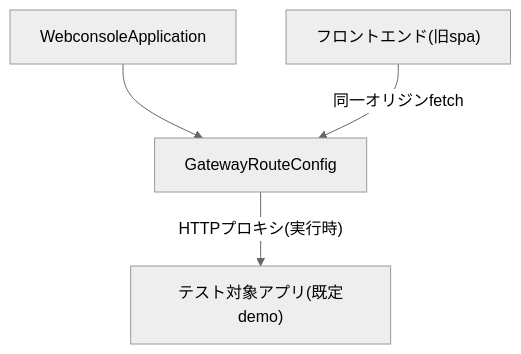
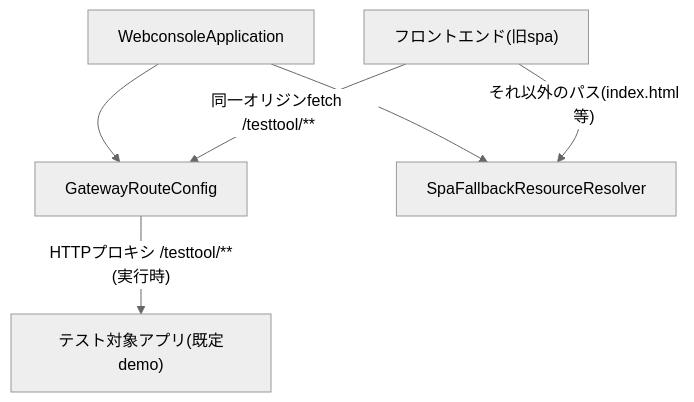
One commit to agwlvssainokuni/cherry-testtool changed the second of 5 diagrams in aidlc-docs/inception/application-design/component-dependency.md. Above: the diagram before and after it, drawn with Mermaid (neutral theme). The commit also changed other lines of this file and 5 other files, not shown here.

````diff
--- a/aidlc-docs/inception/application-design/component-dependency.md
+++ b/aidlc-docs/inception/application-design/component-dependency.md
@@ -41,6 +41,8 @@
 ```mermaid
 flowchart TB
     WebconsoleApplication --> GatewayRouteConfig
-    GatewayRouteConfig -->|"HTTPプロキシ(実行時)"| TargetApp["テスト対象アプリ(既定demo)"]
-    Frontend["フロントエンド(旧spa)"] -->|"同一オリジンfetch"| GatewayRouteConfig
+    WebconsoleApplication --> SpaFallbackResourceResolver
+    GatewayRouteConfig -->|"HTTPプロキシ /testtool/**(実行時)"| TargetApp["テスト対象アプリ(既定demo)"]
+    Frontend["フロントエンド(旧spa)"] -->|"同一オリジンfetch /testtool/**"| GatewayRouteConfig
+    Frontend -->|"それ以外のパス(index.html等)"| SpaFallbackResourceResolver
 ```
````
